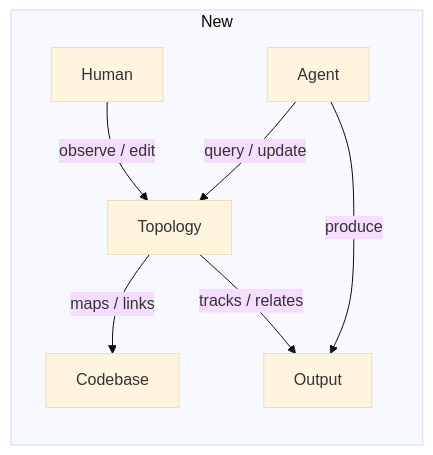
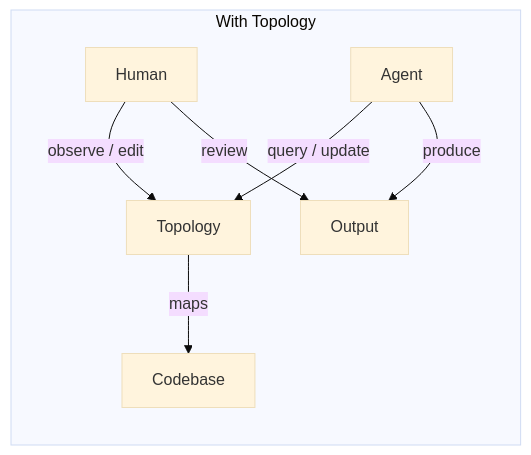
Before and after one commit to JerryHong08/topology: the second of 2 diagrams in README.md, drawn with Mermaid (base theme). The commit also changed other lines of this file and 15 other files, not shown here.

````diff
--- a/README.md
+++ b/README.md
@@ -34,22 +23,10 @@
 ```mermaid
 graph LR
-    %% New Interface (topology as shared state)
-    subgraph New
-        Human2[Human]
-        Agent2[Agent]
-        Topology[Topology]
-        Code2[Codebase]
-        Output2[Output]
-
-        %% shared interface
-        Human2 -->|observe / edit| Topology
-        Agent2 -->|query / update| Topology
-
-        %% topology connects real artifacts
-        Topology -->|maps / links| Code2
-        Topology -->|tracks / relates| Output2
-
-        %% execution still happens
-        Agent2 -->|produce| Output2
+    subgraph With Topology
+        Human2[Human] -->|observe / edit| Topo[Topology]
+        Agent2[Agent] -->|query / update| Topo
+        Topo -->|maps| Code2[Codebase]
+        Agent2 -->|produce| Output2[Output]
+        Human2[Human] --> |review|Output2[Output] 
     end
 ```
````
